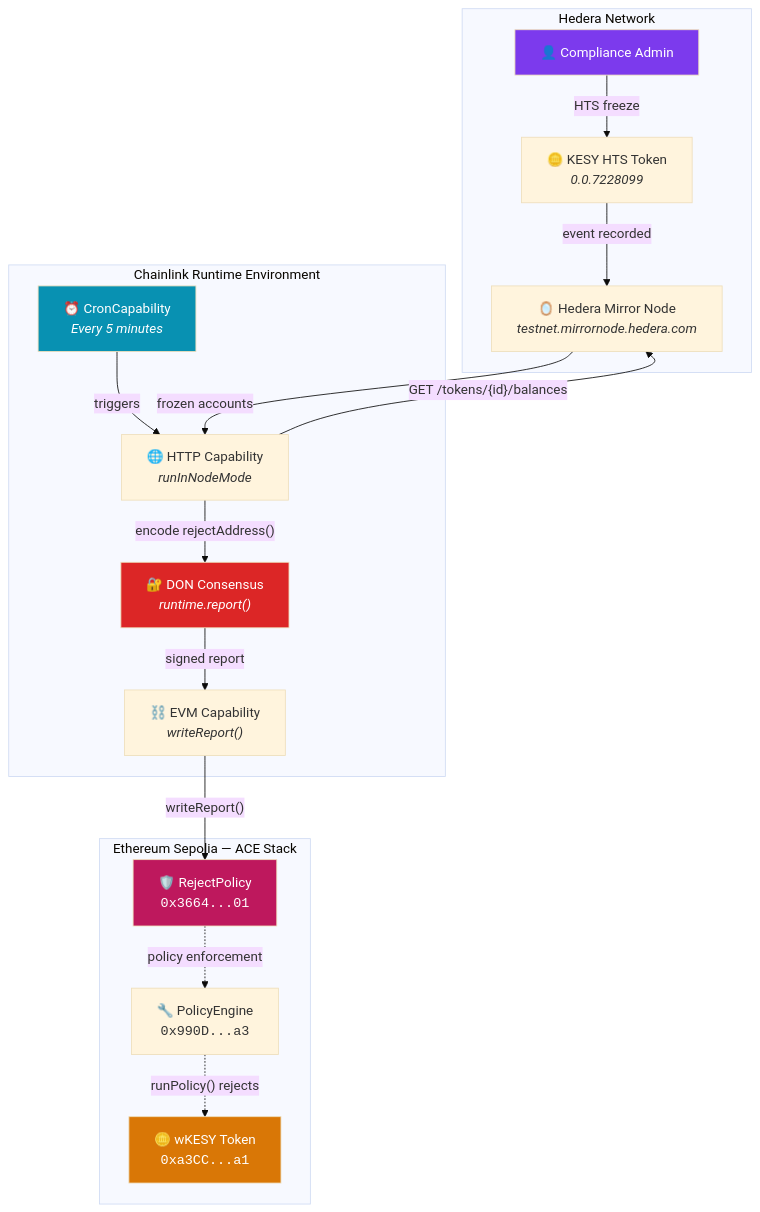
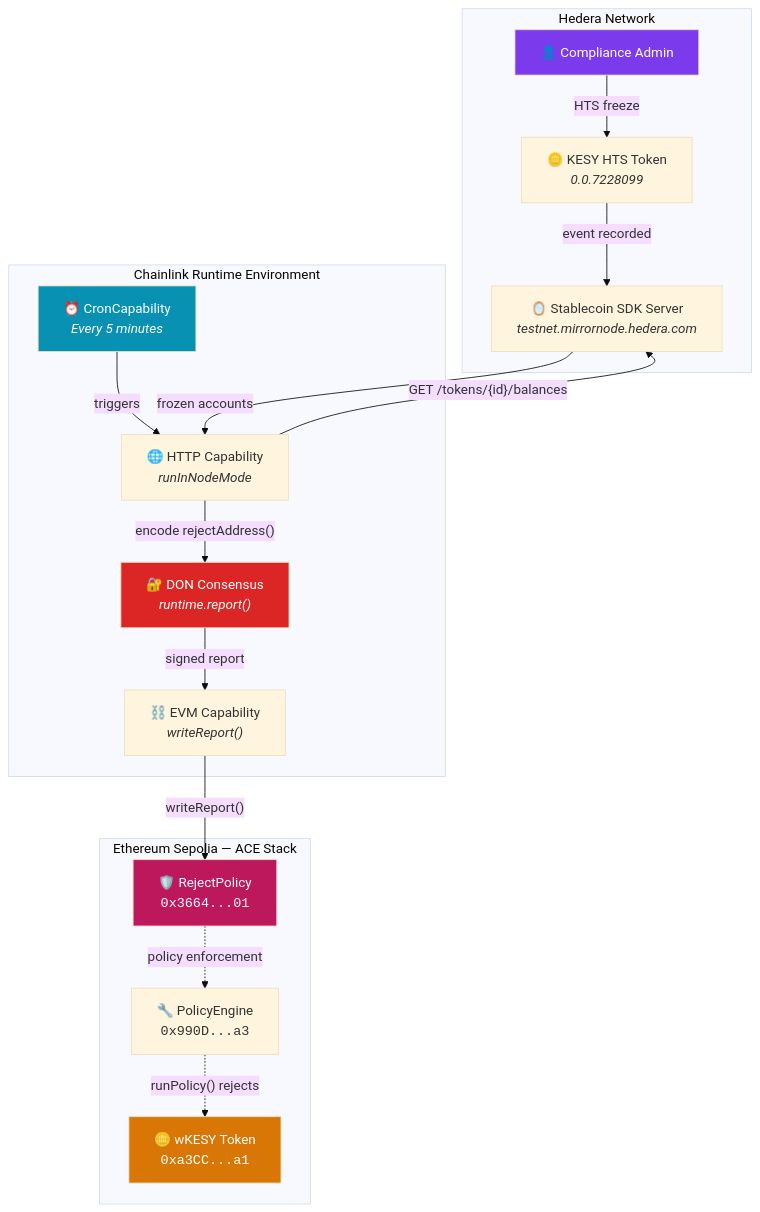
One commit to nhx-finance/bridge changed the first of 4 diagrams in kesy-bridge/kesy-bridge-workflow/README.md. Above: the diagram before and after it, drawn with Mermaid (base theme). The commit also changed other lines of this file and 10 other files, not shown here.

Commit message:
feat: Update compliance workflow to use Stablecoin SDK Server and enhance logging

````diff
--- a/kesy-bridge/kesy-bridge-workflow/README.md
+++ b/kesy-bridge/kesy-bridge-workflow/README.md
@@ -23,38 +23,38 @@
 ```mermaid
 graph TB
     subgraph "Hedera Network"
         HTS["🪙 KESY HTS Token<br/><i>0.0.7228099</i>"]
-        MN["🪞 Hedera Mirror Node<br/><i>testnet.mirrornode.hedera.com</i>"]
+        MN["🪞 Stablecoin SDK Server<br/><i>testnet.mirrornode.hedera.com</i>"]
         Admin["👤 Compliance Admin"]
     end
 
     subgraph "Chainlink Runtime Environment"
         CRON["⏰ CronCapability<br/><i>Every 5 minutes</i>"]
         HTTP["🌐 HTTP Capability<br/><i>runInNodeMode</i>"]
         DON["🔐 DON Consensus<br/><i>runtime.report()</i>"]
         EVM["⛓️ EVM Capability<br/><i>writeReport()</i>"]
     end
 
     subgraph "Ethereum Sepolia — ACE Stack"
         RP["🛡️ RejectPolicy<br/><code>0x3664...01</code>"]
         PE["🔧 PolicyEngine<br/><code>0x990D...a3</code>"]
         WKESY["🪙 wKESY Token<br/><code>0xa3CC...a1</code>"]
     end
 
     Admin -->|"HTS freeze"| HTS
     HTS -->|"event recorded"| MN
     CRON -->|"triggers"| HTTP
     HTTP -->|"GET /tokens/{id}/balances"| MN
     MN -->|"frozen accounts"| HTTP
     HTTP -->|"encode rejectAddress()"| DON
     DON -->|"signed report"| EVM
     EVM -->|"writeReport()"| RP
     RP -.->|"policy enforcement"| PE
     PE -.->|"runPolicy() rejects"| WKESY
 
     style CRON fill:#0891B2,color:#fff
     style DON fill:#DC2626,color:#fff
     style RP fill:#BE185D,color:#fff
     style WKESY fill:#D97706,color:#fff
     style Admin fill:#7C3AED,color:#fff
 ```
````
